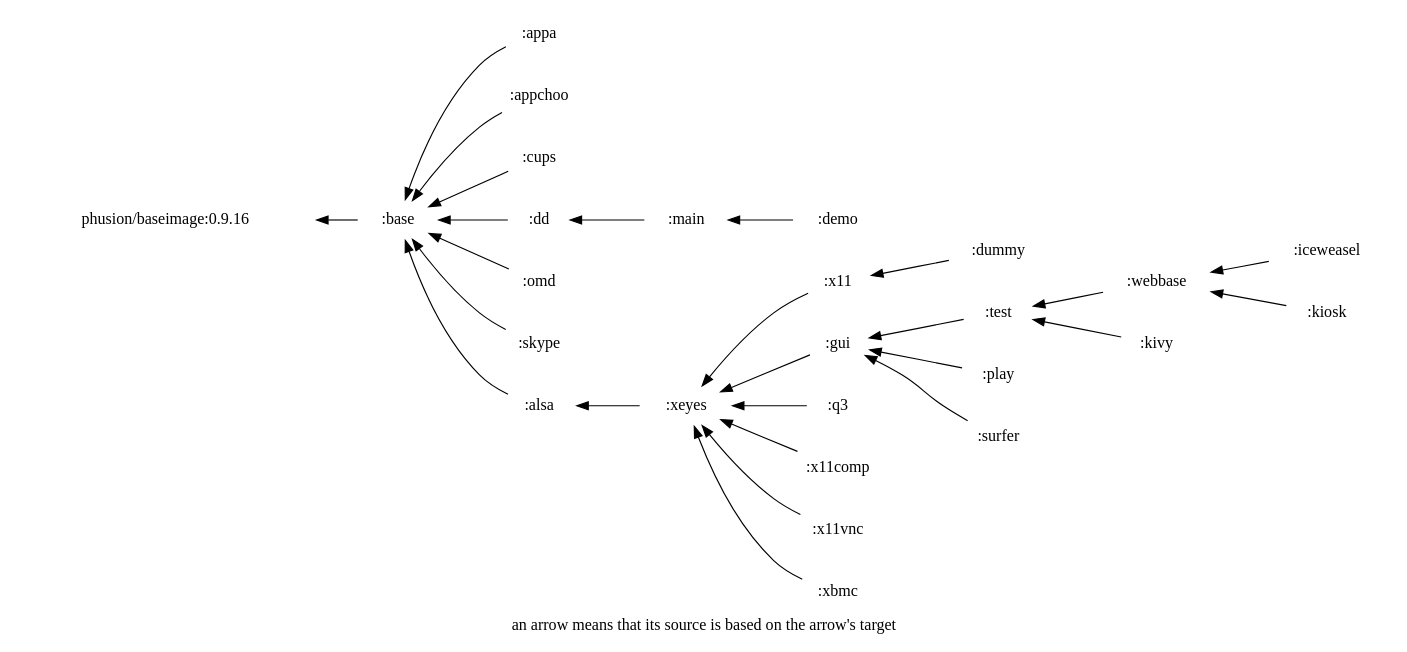
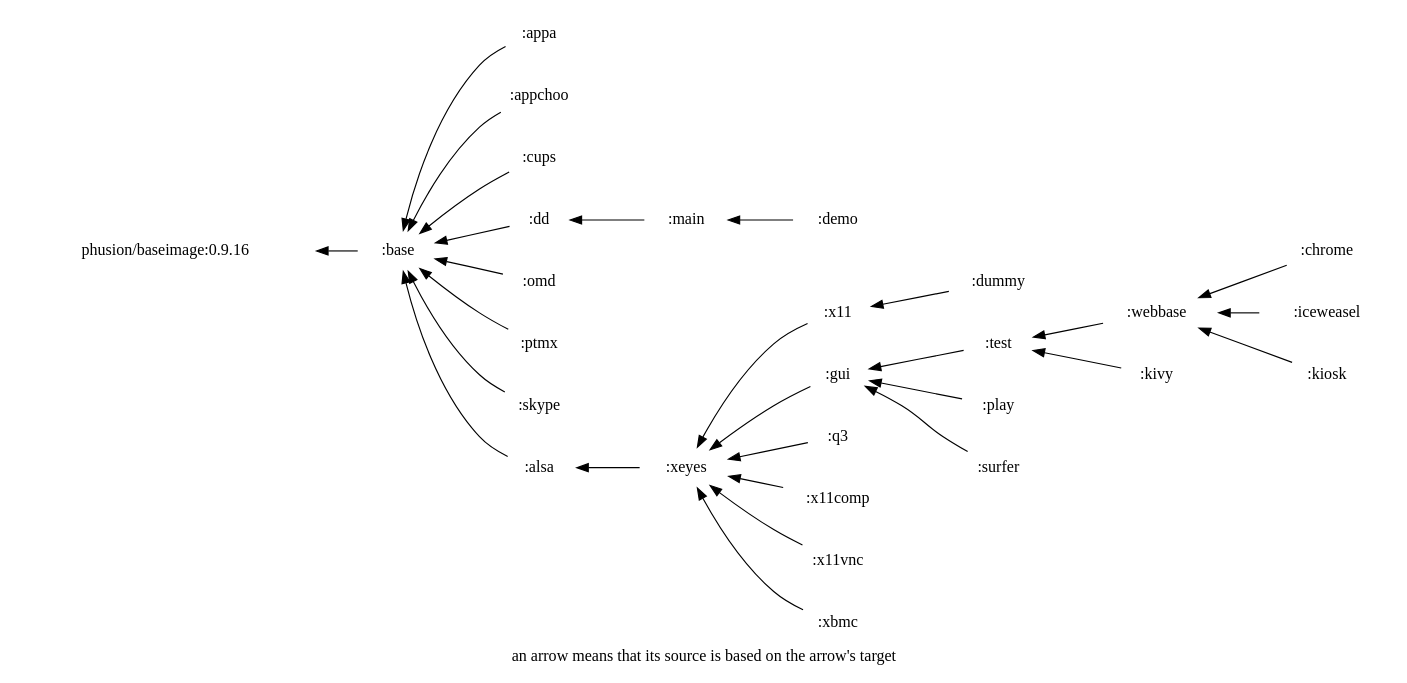
One commit to hilbert/hilbert-docker-images changed the diagram in deps.dot. Above: the diagram before and after it, drawn with Graphviz. The commit also changed 1 other file, not shown here.

Commit message:
Update dependency graph

```diff
--- a/deps.dot
+++ b/deps.dot
@@ -1,27 +1,29 @@
 digraph deps{ graph [label="an arrow means that its source is based on the arrow's target", labelloc=b]; node [color=white]; rankdir = RL;
 ":alsa" -> ":base" ;
 ":appa" -> ":base" ;
 ":appchoo" -> ":base" ;
 ":base" -> "phusion/baseimage:0.9.16" ;
+":chrome" -> ":webbase" ;
 ":cups" -> ":base" ;
 ":dd" -> ":base" ;
 ":demo" -> ":main" ;
 ":dummy" -> ":x11" ;
 ":gui" -> ":xeyes" ;
 ":iceweasel" -> ":webbase" ;
 ":kiosk" -> ":webbase" ;
 ":kivy" -> ":test" ;
 ":main" -> ":dd" ;
 ":omd" -> ":base" ;
 ":play" -> ":gui" ;
+":ptmx" -> ":base" ;
 ":q3" -> ":xeyes" ;
 ":skype" -> ":base" ;
 ":surfer" -> ":gui" ;
 ":test" -> ":gui" ;
 ":webbase" -> ":test" ;
 ":x11" -> ":xeyes" ;
 ":x11comp" -> ":xeyes" ;
 ":x11vnc" -> ":xeyes" ;
 ":xbmc" -> ":xeyes" ;
 ":xeyes" -> ":alsa" ;
 }
```
